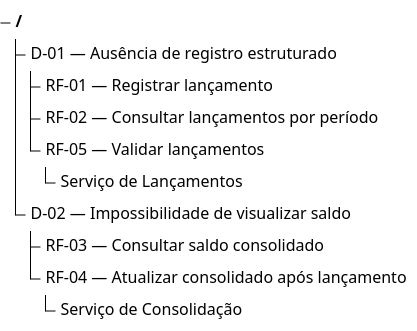
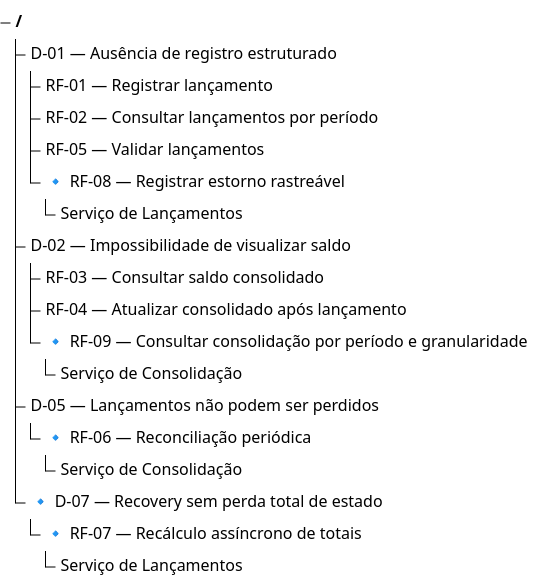
One commit to gsperim/account-engine-lab changed the first of 2 diagrams in docs/negocio/requisitos.md. Above: the diagram before and after it, drawn with Mermaid. The commit also changed other lines of this file and 3 other files, not shown here.

````diff
--- a/docs/negocio/requisitos.md
+++ b/docs/negocio/requisitos.md
@@ -255,12 +396,20 @@
 ```mermaid
 treeView-beta
     "D-01 — Ausência de registro estruturado"
         "RF-01 — Registrar lançamento"
         "RF-02 — Consultar lançamentos por período"
         "RF-05 — Validar lançamentos"
+        "🔹 RF-08 — Registrar estorno rastreável"
             "Serviço de Lançamentos"
     "D-02 — Impossibilidade de visualizar saldo"
         "RF-03 — Consultar saldo consolidado"
         "RF-04 — Atualizar consolidado após lançamento"
+        "🔹 RF-09 — Consultar consolidação por período e granularidade"
             "Serviço de Consolidação"
+    "D-05 — Lançamentos não podem ser perdidos"
+        "🔹 RF-06 — Reconciliação periódica"
+            "Serviço de Consolidação"
+    "🔹 D-07 — Recovery sem perda total de estado"
+        "🔹 RF-07 — Recálculo assíncrono de totais"
+            "Serviço de Lançamentos"
 ```
````
